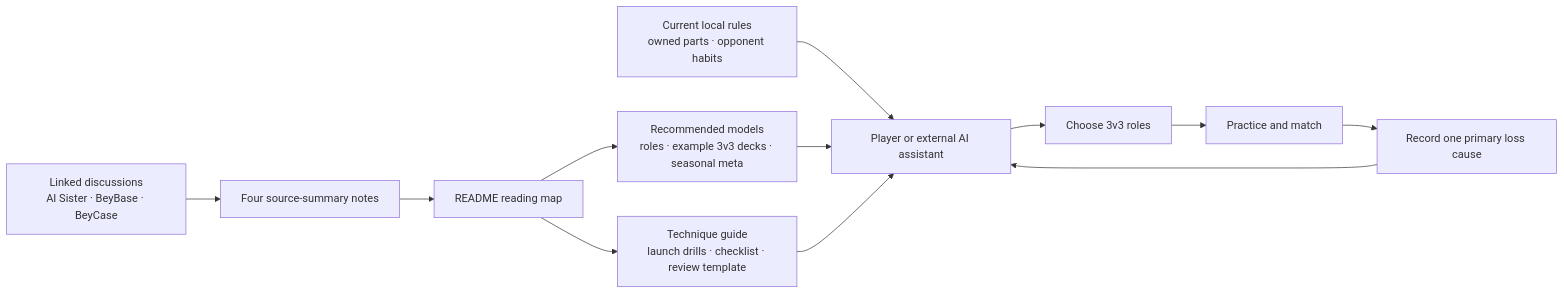
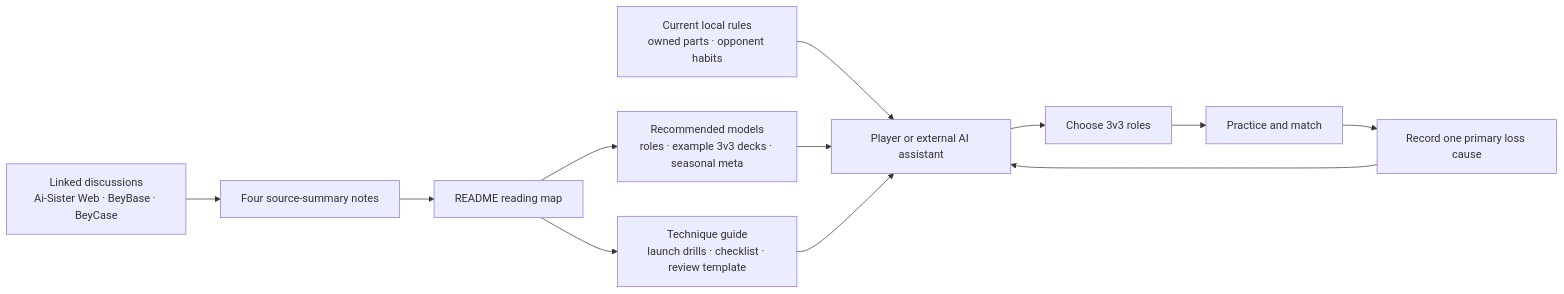
The first of 2 diagrams in projects/zhan-dou-tuo-luo.md (teddashh/teddashh), drawn with Mermaid before and after one commit. The commit also changed other lines of this file and 16 other files, not shown here.

```diff
--- a/projects/zhan-dou-tuo-luo.md
+++ b/projects/zhan-dou-tuo-luo.md
@@ -102,14 +103,14 @@
 ~~~mermaid
 flowchart LR
-    S["Linked discussions<br/>AI Sister · BeyBase · BeyCase"] --> N["Four source-summary notes"]
+    S["Linked discussions<br/>Ai-Sister Web · BeyBase · BeyCase"] --> N["Four source-summary notes"]
     N --> I["README reading map"]
     I --> B["Recommended models<br/>roles · example 3v3 decks · seasonal meta"]
     I --> T["Technique guide<br/>launch drills · checklist · review template"]
     R["Current local rules<br/>owned parts · opponent habits"] --> P["Player or external AI assistant"]
     B --> P
     T --> P
     P --> D["Choose 3v3 roles"]
     D --> M["Practice and match"]
     M --> Q["Record one primary loss cause"]
     Q --> P
 ~~~
```
